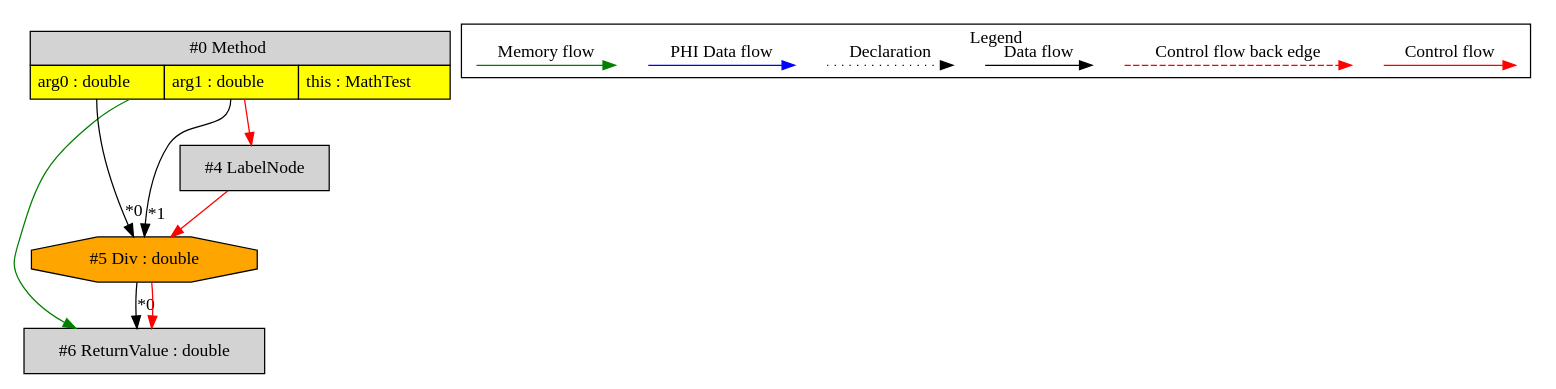
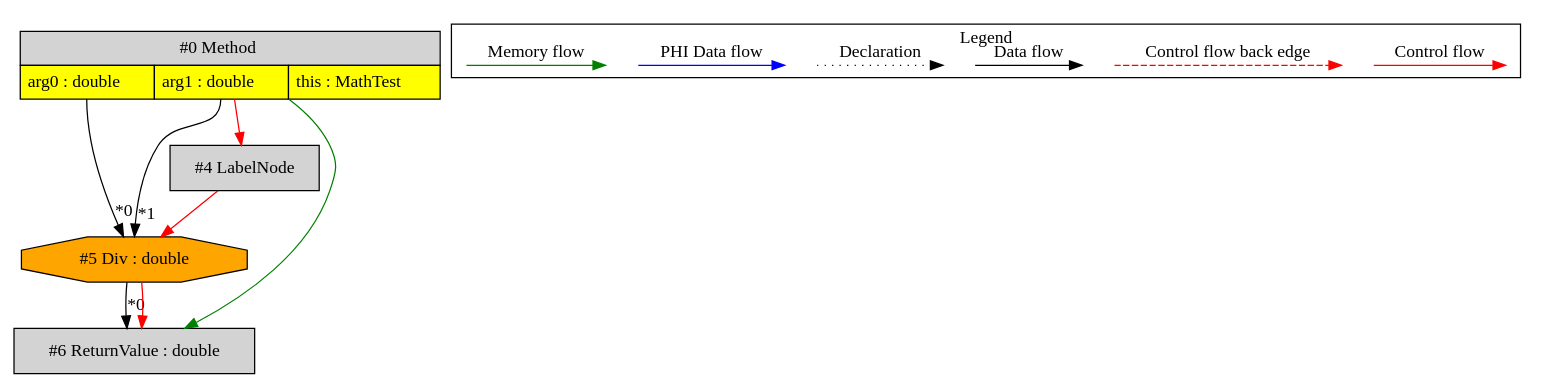
The diagram in de.mirkosertic.metair.ir.examples.MathTest/ddiv/ir.dot (mirkosertic/MetaIR), drawn with Graphviz before and after one commit. The commit also changed 1370 other files, not shown here.

```diff
--- a/de.mirkosertic.metair.ir.examples.MathTest/ddiv/ir.dot
+++ b/de.mirkosertic.metair.ir.examples.MathTest/ddiv/ir.dot
@@ -1,40 +1,40 @@
 digraph {
  ordering="in";
- node0[margin="0", label=<<table border="0" cellborder="1" cellspacing="0" cellpadding="5"><tr><td colspan="3">#0 Method</td></tr><tr><td port="prj1" bgcolor="yellow">arg0 : double</td><td port="prj2" bgcolor="yellow">arg1 : double</td><td port="prj3" bgcolor="yellow">this : MathTest</td></tr></table>>,shape=none, fillcolor=lightgrey, style=filled];
+ node0[margin="0", label=<<table border="0" cellborder="1" cellspacing="0" cellpadding="5"><tr><td colspan="3">#0 Method</td></tr><tr><td port="prj2" bgcolor="yellow">arg0 : double</td><td port="prj1" bgcolor="yellow">arg1 : double</td><td port="prj3" bgcolor="yellow">this : MathTest</td></tr></table>>,shape=none, fillcolor=lightgrey, style=filled];
+ node5[label="#5 Div : double",shape=octagon, fillcolor=orange, style=filled];
+ node0:prj2 -> node5[headlabel="*0", labeldistance=2];
+ node0:prj1 -> node5[headlabel="*1", labeldistance=2];
+ node4 -> node5[labeldistance=2, color=red, fontcolor=red];
+ node4[label="#4 LabelNode",shape=box, fillcolor=lightgrey, style=filled];
+ node0 -> node4[labeldistance=2, color=red, fontcolor=red];
  node6[label="#6 ReturnValue : double",shape=box, fillcolor=lightgrey, style=filled];
  node5 -> node6[headlabel="*0", labeldistance=2];
  node5 -> node6[labeldistance=2, color=red, fontcolor=red];
  node0 -> node6[labeldistance=2, color=green, constraint=false];
- node5[label="#5 Div : double",shape=octagon, fillcolor=orange, style=filled];
- node0:prj1 -> node5[headlabel="*0", labeldistance=2];
- node0:prj2 -> node5[headlabel="*1", labeldistance=2];
- node4 -> node5[labeldistance=2, color=red, fontcolor=red];
- node4[label="#4 LabelNode",shape=box, fillcolor=lightgrey, style=filled];
- node0 -> node4[labeldistance=2, color=red, fontcolor=red];
  subgraph cluster_000 {
   label = "Legend";
   node [shape=point]
   {
    rank=same;
    c0 [style = invis];
    c1 [style = invis];
    c2 [style = invis];
    c3 [style = invis];
    d0 [style = invis];
    d1 [style = invis];
    d2 [style = invis];
    d3 [style = invis];
    d4 [style = invis];
    d5 [style = invis];
    d6 [style = invis];
    d7 [style = invis];
   }
   c0 -> c1 [label="Control flow", style=solid, color=red]
   c2 -> c3 [label="Control flow back edge", style=dashed, color=red]
   d0 -> d1 [label="Data flow"]
   d2 -> d3 [label="Declaration", style=dotted]
   d4 -> d5 [label="PHI Data flow", color=blue]
   d6 -> d7 [label="Memory flow", color=green]
  }
 
 }
```
